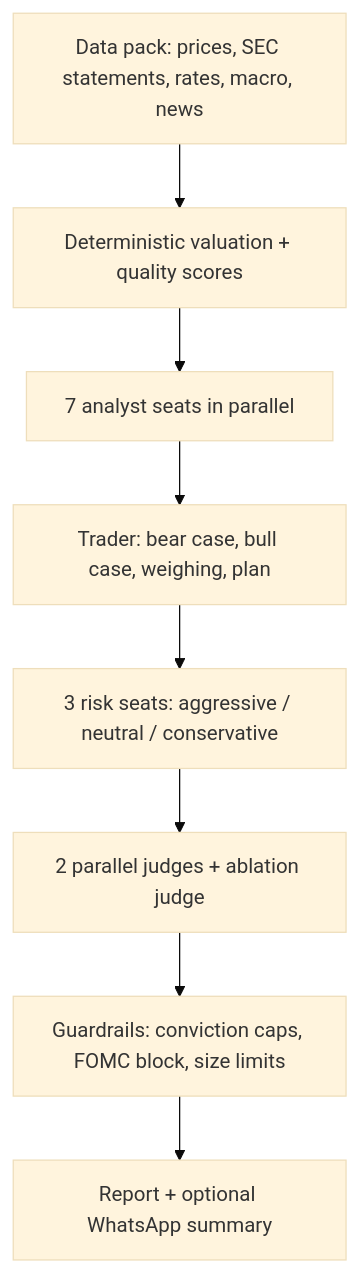
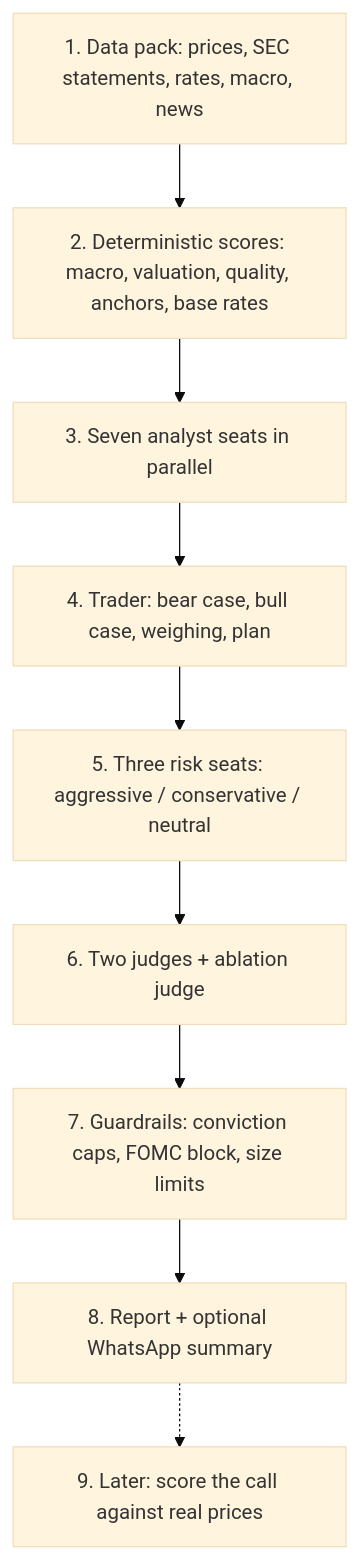
The diagram in README.md (tiffanychum/financial-analysis-agent), drawn with Mermaid (base theme) before and after one commit. The commit also changed other lines of this file and 3 other files, not shown here.

Commit message:
Rename to financial-analysis-agent; README layer table matches the flow graph

````diff
--- a/README.md
+++ b/README.md
@@ -13,10 +13,11 @@
 ```mermaid
 flowchart TD
-  P["Data pack: prices, SEC statements, rates, macro, news"] --> V["Deterministic valuation + quality scores"]
-  V --> A["7 analyst seats in parallel"]
-  A --> T["Trader: bear case, bull case, weighing, plan"]
-  T --> R["3 risk seats: aggressive / neutral / conservative"]
-  R --> J["2 parallel judges + ablation judge"]
-  J --> G["Guardrails: conviction caps, FOMC block, size limits"]
-  G --> O["Report + optional WhatsApp summary"]
+  P["1. Data pack: prices, SEC statements, rates, macro, news"] --> V["2. Deterministic scores: macro, valuation, quality, anchors, base rates"]
+  V --> A["3. Seven analyst seats in parallel"]
+  A --> T["4. Trader: bear case, bull case, weighing, plan"]
+  T --> R["5. Three risk seats: aggressive / conservative / neutral"]
+  R --> J["6. Two judges + ablation judge"]
+  J --> G["7. Guardrails: conviction caps, FOMC block, size limits"]
+  G --> O["8. Report + optional WhatsApp summary"]
+  O -.-> K["9. Later: score the call against real prices"]
 ```
````
